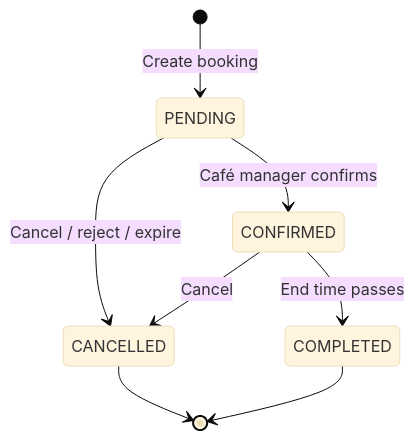
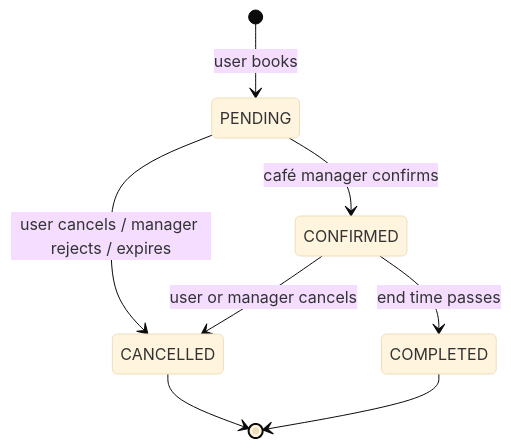
One commit to Noor-Shafeeq-Ashoor/updated-waslah changed the second of 3 diagrams in README.md. Above: the diagram before and after it, drawn with Mermaid (base theme). The commit also changed other lines of this file and 20 other files, not shown here.

Commit message:
docs: final README, ERD per service, plan, user stories

````diff
--- a/README.md
+++ b/README.md
@@ -147,10 +117,10 @@
 ```mermaid
 stateDiagram-v2
-    [*] --> PENDING: Create booking
-    PENDING --> CONFIRMED: Café manager confirms
-    PENDING --> CANCELLED: Cancel / reject / expire
-    CONFIRMED --> CANCELLED: Cancel
-    CONFIRMED --> COMPLETED: End time passes
+    [*] --> PENDING: user books
+    PENDING --> CONFIRMED: café manager confirms
+    PENDING --> CANCELLED: user cancels / manager rejects / expires
+    CONFIRMED --> CANCELLED: user or manager cancels
+    CONFIRMED --> COMPLETED: end time passes
     CANCELLED --> [*]
     COMPLETED --> [*]
 ```
````
